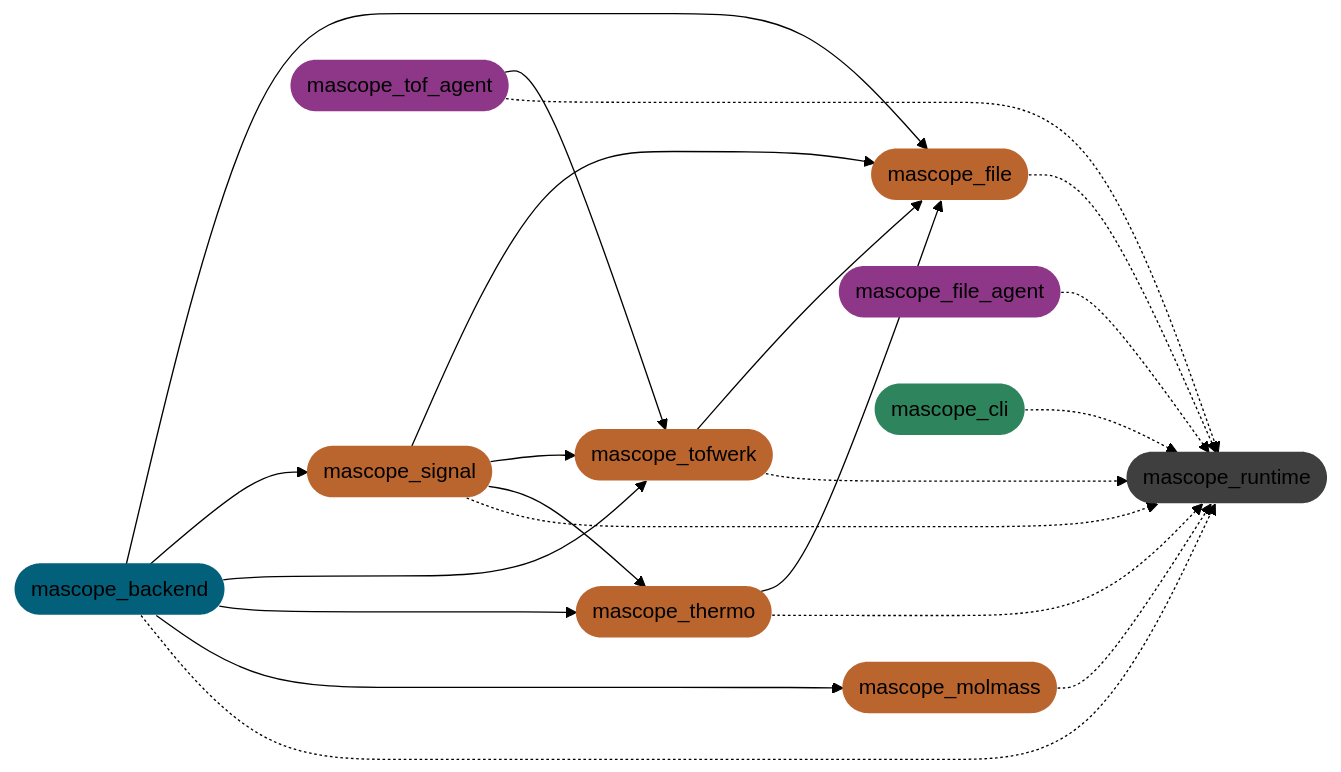
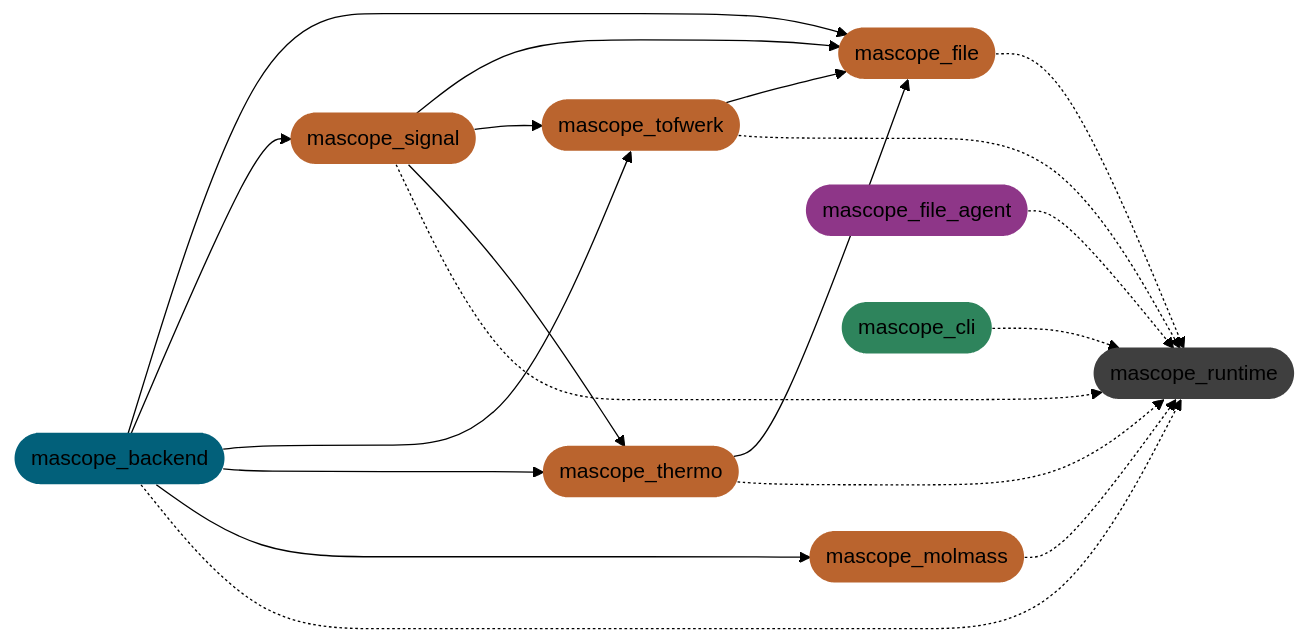
The third of 3 diagrams in README.md (karsa-oy/mascope), drawn with Mermaid (forest theme) before and after one commit. The commit also changed other lines of this file and 7 other files, not shown here.

Commit message:
chore(doc): Clean up Tof Agent references from inline docs ad config

````diff
--- a/README.md
+++ b/README.md
@@ -2392,57 +2385,52 @@
 ```mermaid
 flowchart LR
     backend([mascope_backend])
     molmass([mascope_molmass])
     signal([mascope_signal])
     file([mascope_file])
     tofwerk([mascope_tofwerk])
     thermo([mascope_thermo])
     runtime([mascope_runtime])
     file_agent([mascope_file_agent])
-    tof_agent([mascope_tof_agent])
     cli([mascope_cli])
 
     classDef library fill:#ba642e,stroke-width: 0;
     class molmass,signal,file,tofwerk,thermo library;
 
     classDef service fill:#02607a,stroke-width: 0;
     class backend service;
 
     classDef agent fill:#8e3688,stroke-width: 0;
-    class tof_agent,file_agent agent;
+    class file_agent agent;
 
     classDef cli fill:#2e845c,stroke-width: 0;
     class cli cli;
 
     classDef runtime fill:#3f3f3f,stroke-width: 0;
     class runtime runtime;
 
     %% services
     backend --> file
     backend --> signal
     backend --> tofwerk
     backend --> thermo
     backend --> molmass
 
     %% libraries
     thermo --> file
     tofwerk --> file
     signal --> file
     signal --> tofwerk
     signal --> thermo
 
-    %% agents
-    tof_agent --> tofwerk
-
     %% runtime
     backend -.-> runtime
     thermo -.-> runtime
     tofwerk -.-> runtime
     molmass -.-> runtime
     file -.-> runtime
     signal -.-> runtime
-    tof_agent -.-> runtime
     file_agent -.-> runtime
     cli -.-> runtime
 
 ```
````
